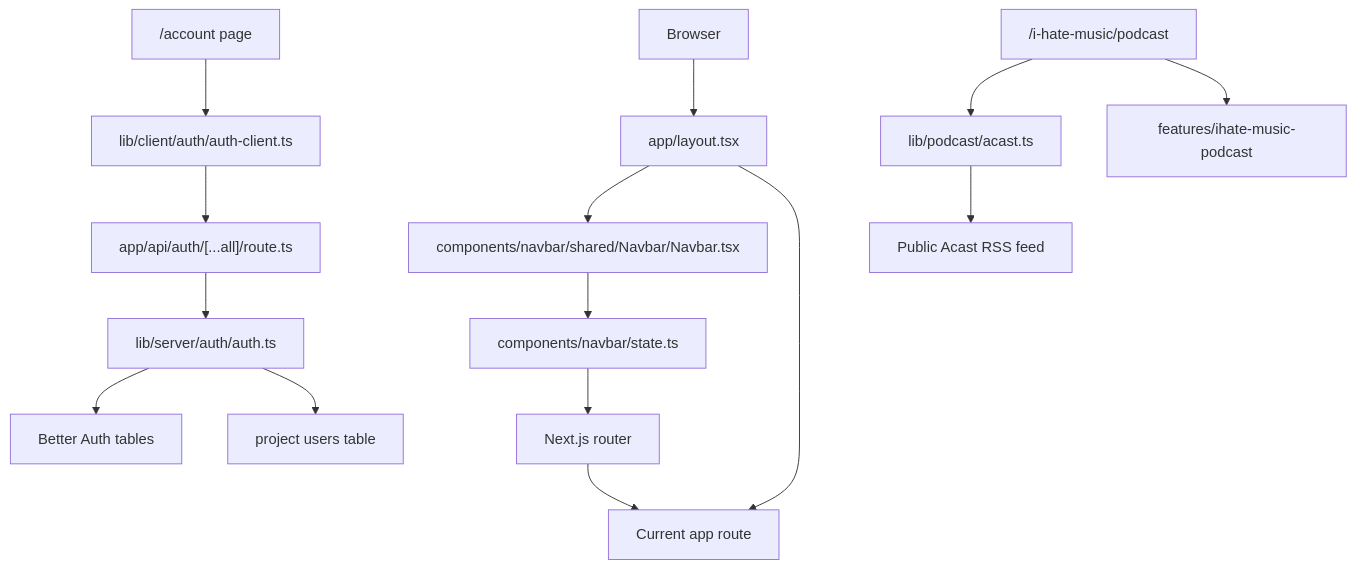
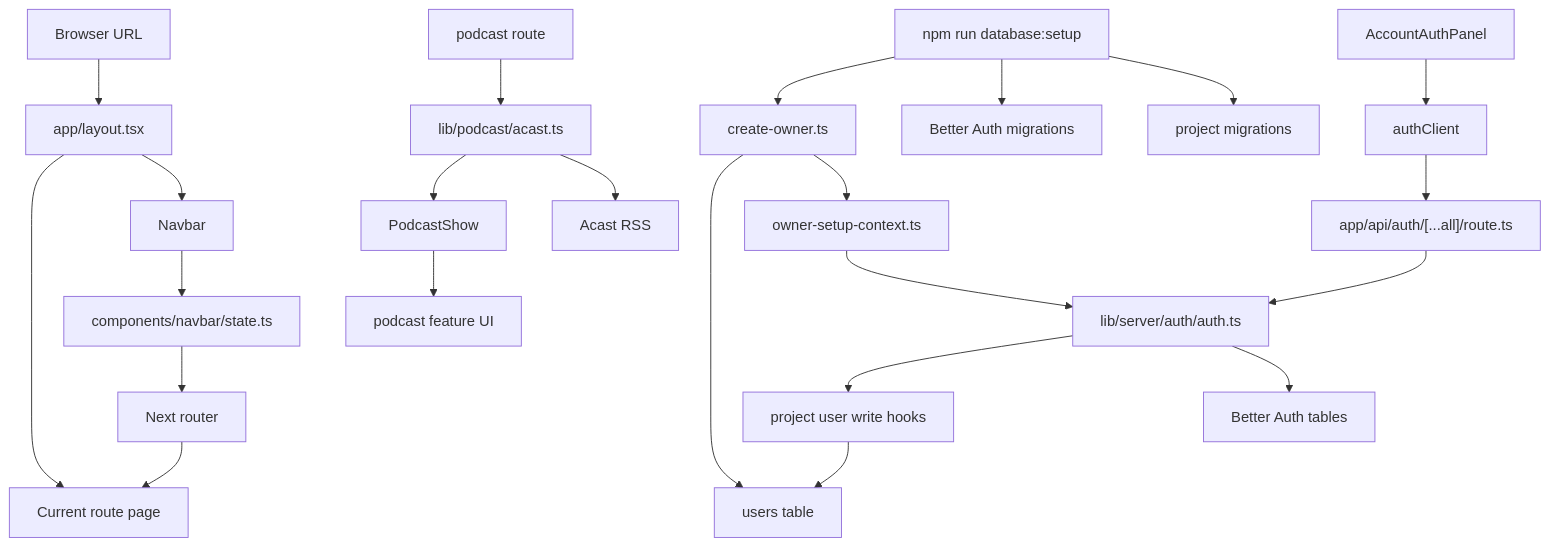
Before and after one commit to bucketb0t/Earth_In_Sound: the diagram in PROJECT_LEARNING_FLOW.md, drawn with Mermaid. The commit also changed other lines of this file and 6 other files, not shown here.

Commit message:
EpisodeMediaTabs.tsx was split into 3 files, and is now handling UI only. useEpisodeMediaController.ts owns tabs, video URL state, and YouTube lifecycle.useVideoAudioContinuity.ts owns consent, standby audio, visibility handoffs, synchronization, and timers.

````diff
--- a/PROJECT_LEARNING_FLOW.md
+++ b/PROJECT_LEARNING_FLOW.md
@@ -51,20 +31,29 @@
 ```mermaid
 flowchart TD
-  Browser["Browser"] --> Layout["app/layout.tsx"]
-  Layout --> Navbar["components/navbar/shared/Navbar/Navbar.tsx"]
-  Layout --> RoutePage["Current app route"]
+  Browser["Browser URL"] --> Layout["app/layout.tsx"]
+  Layout --> Navbar["Navbar"]
+  Layout --> Page["Current route page"]
 
   Navbar --> NavbarState["components/navbar/state.ts"]
-  NavbarState --> NextRouter["Next.js router"]
-  NextRouter --> RoutePage
+  NavbarState --> Router["Next router"]
+  Router --> Page
 
-  AccountPage["/account page"] --> AuthClient["lib/client/auth/auth-client.ts"]
-  AuthClient --> AuthRoute["app/api/auth/[...all]/route.ts"]
-  AuthRoute --> BetterAuth["lib/server/auth/auth.ts"]
-  BetterAuth --> AuthTables["Better Auth tables"]
-  BetterAuth --> ProjectUsers["project users table"]
+  AccountUI["AccountAuthPanel"] --> AuthClient["authClient"]
+  AuthClient --> AuthApi["app/api/auth/[...all]/route.ts"]
+  AuthApi --> AuthConfig["lib/server/auth/auth.ts"]
+  AuthConfig --> BetterAuthTables["Better Auth tables"]
+  AuthConfig --> UserWrites["project user write hooks"]
+  UserWrites --> UsersTable["users table"]
 
-  PodcastRoute["/i-hate-music/podcast"] --> AcastParser["lib/podcast/acast.ts"]
-  AcastParser --> AcastFeed["Public Acast RSS feed"]
-  PodcastRoute --> PodcastUI["features/ihate-music-podcast"]
+  Setup["npm run database:setup"] --> ProjectMigrations["project migrations"]
+  Setup --> AuthMigrations["Better Auth migrations"]
+  Setup --> OwnerScript["create-owner.ts"]
+  OwnerScript --> OwnerContext["owner-setup-context.ts"]
+  OwnerContext --> AuthConfig
+  OwnerScript --> UsersTable
+
+  PodcastRoute["podcast route"] --> AcastParser["lib/podcast/acast.ts"]
+  AcastParser --> Feed["Acast RSS"]
+  AcastParser --> PodcastShow["PodcastShow"]
+  PodcastShow --> PodcastUI["podcast feature UI"]
 ```
````
